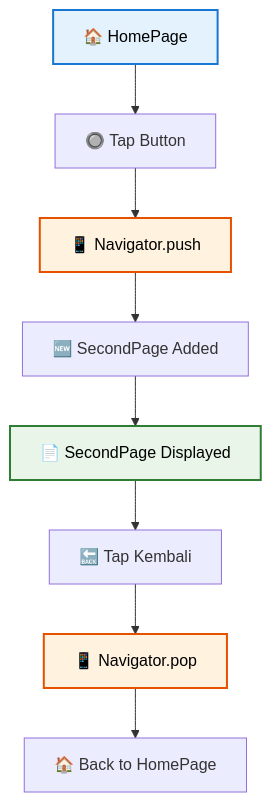
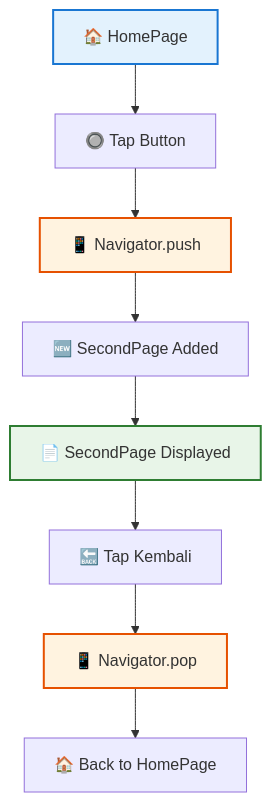
The first of 6 diagrams in pertemuan4.md (antonprafanto/flutter), drawn with Mermaid before and after one commit. The commit also changed other lines of this file, not shown here.

````diff
--- a/pertemuan4.md
+++ b/pertemuan4.md
@@ -119,15 +121,15 @@
 ```mermaid
 flowchart TD
     A[🏠 HomePage] --> B[🔘 Tap Button]
     B --> C[📱 Navigator.push]
     C --> D[🆕 SecondPage Added]
     D --> E[📄 SecondPage Displayed]
     E --> F[🔙 Tap Kembali]
     F --> G[📱 Navigator.pop]
     G --> H[🏠 Back to HomePage]
     
-    style A fill:#e3f2fd,stroke:#1976d2,stroke-width:2px,color:#000
-    style C fill:#fff3e0,stroke:#e65100,stroke-width:2px,color:#000
-    style E fill:#e8f5e8,stroke:#2e7d32,stroke-width:2px,color:#000
-    style G fill:#fff3e0,stroke:#e65100,stroke-width:2px,color:#000
+    style A fill:#e3f2fd,stroke:#1976d2,stroke-width:2px
+    style C fill:#fff3e0,stroke:#e65100,stroke-width:2px
+    style E fill:#e8f5e8,stroke:#2e7d32,stroke-width:2px
+    style G fill:#fff3e0,stroke:#e65100,stroke-width:2px
 ```
````
